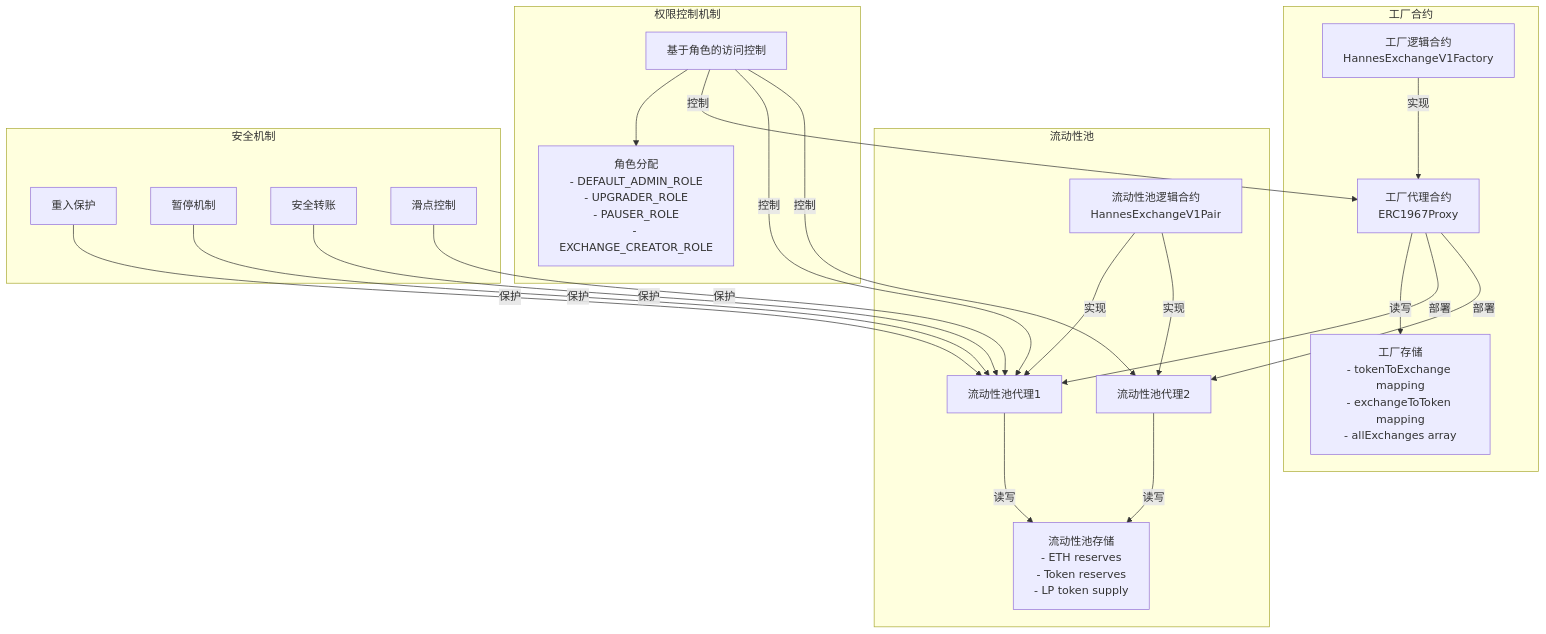
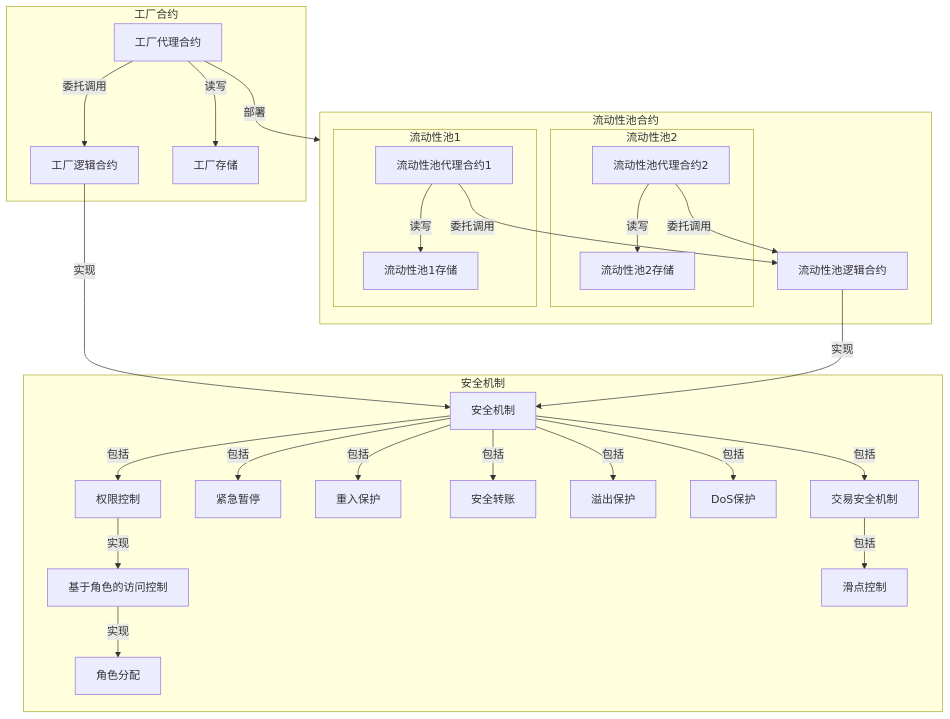
One commit to hannesgao/HannesExchange changed the diagram in docs/1_architectural_overview_cn.md. Above: the diagram before and after it, drawn with Mermaid. The commit also changed other lines of this file and 1 other file, not shown here.

Commit message:
Structure diagram and introduction of architectural overview updated

````diff
--- a/docs/1_architectural_overview_cn.md
+++ b/docs/1_architectural_overview_cn.md
@@ -104,48 +104,61 @@
 ```mermaid
 flowchart TB
-    subgraph "工厂合约"
-        FactoryLogic["工厂逻辑合约\nHannesExchangeV1Factory"]
-        FactoryProxy["工厂代理合约\nERC1967Proxy"]
-        FactoryStorage["工厂存储\n- tokenToExchange mapping\n- exchangeToToken mapping\n- allExchanges array"]
+    subgraph FACTORYS["工厂合约"]
+        FactoryLogic["工厂逻辑合约"]
+        FactoryProxy["工厂代理合约"]
+        FactoryStorage["工厂存储"]
 
-        FactoryLogic --> |"实现"| FactoryProxy
+        FactoryProxy --> |"委托调用"| FactoryLogic
         FactoryProxy --> |"读写"| FactoryStorage
     end
 
-    subgraph "流动性池"
-        PairLogic["流动性池逻辑合约\nHannesExchangeV1Pair"]
-        PairProxy1["流动性池代理1"]
-        PairProxy2["流动性池代理2"]
-        PairStorage["流动性池存储\n- ETH reserves\n- Token reserves\n- LP token supply"]
+    subgraph POOLS["流动性池合约"]
+        PairLogic["流动性池逻辑合约"]
 
-        PairLogic --> |"实现"| PairProxy1
-        PairLogic --> |"实现"| PairProxy2
-        PairProxy1 --> |"读写"| PairStorage
-        PairProxy2 --> |"读写"| PairStorage
+        subgraph POOL2["流动性池2"]
+            PairProxy2["流动性池代理合约2"]
+            PairStorage2["流动性池2存储"]
+            PairProxy2 --> |"读写"| PairStorage2
+        end
+
+        subgraph POOL1["流动性池1"]
+            PairProxy1["流动性池代理合约1"]
+            PairStorage1["流动性池1存储"]
+            PairProxy1 --> |"读写"| PairStorage1
+        end
+
+        PairProxy1 --> |"委托调用"| PairLogic
+        PairProxy2 --> |"委托调用"| PairLogic            
     end
 
-    subgraph "权限控制机制"
-        RBAC["基于角色的访问控制"]
-        Roles["角色分配\n- DEFAULT_ADMIN_ROLE\n- UPGRADER_ROLE\n- PAUSER_ROLE\n- EXCHANGE_CREATOR_ROLE"]
+    subgraph SAFEMETHOD["安全机制"]
+        SafeMethods["安全机制"]
+            AAC["权限控制"]
+                RBAC["基于角色的访问控制"]
+                Roles["角色分配"]
+            Pausable["紧急暂停"]
+            ReentrancyGuard["重入保护"]
+            SafeTransfer["安全转账"]
+            OverflowGuard["溢出保护"]
+            DoSGuard["DoS保护"]
+            TradeGuard["交易安全机制"]
+                SlippageControl["滑点控制"]
 
-        RBAC --> Roles
+        AAC --> |"实现"| RBAC
+        RBAC --> |"实现"| Roles        
+
+        SafeMethods --> |"包括"| AAC
+        SafeMethods --> |"包括"| ReentrancyGuard
+        SafeMethods --> |"包括"| Pausable
+        SafeMethods --> |"包括"| SafeTransfer
+        SafeMethods --> |"包括"| OverflowGuard       
+        SafeMethods --> |"包括"| DoSGuard       
+        SafeMethods --> |"包括"| TradeGuard      
+            TradeGuard --> |"包括"| SlippageControl       
     end
 
-    subgraph "安全机制"
-        ReentrancyGuard["重入保护"]
-        Pausable["暂停机制"]
-        SafeTransfer["安全转账"]
-        SlippageControl["滑点控制"]
-    end
+    FactoryProxy --> |"部署"| POOLS
+    PairLogic --> |"实现"| SafeMethods
+    FactoryLogic --> |"实现"| SafeMethods
 
-    FactoryProxy --> |"部署"| PairProxy1
-    FactoryProxy --> |"部署"| PairProxy2
-    RBAC --> |"控制"| FactoryProxy
-    RBAC --> |"控制"| PairProxy1
-    RBAC --> |"控制"| PairProxy2
-
-    ReentrancyGuard --> |"保护"| PairProxy1
-    Pausable --> |"保护"| PairProxy1
-    SafeTransfer --> |"保护"| PairProxy1
-    SlippageControl --> |"保护"| PairProxy1
 ```
````
